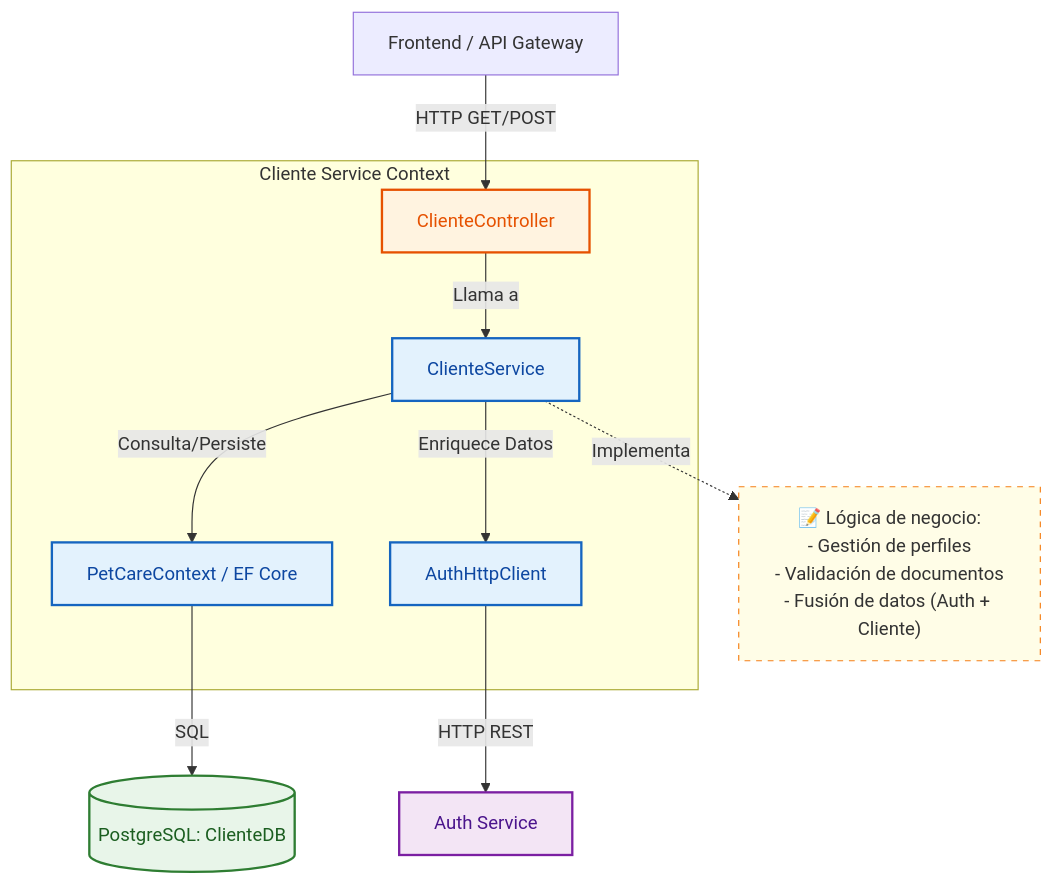
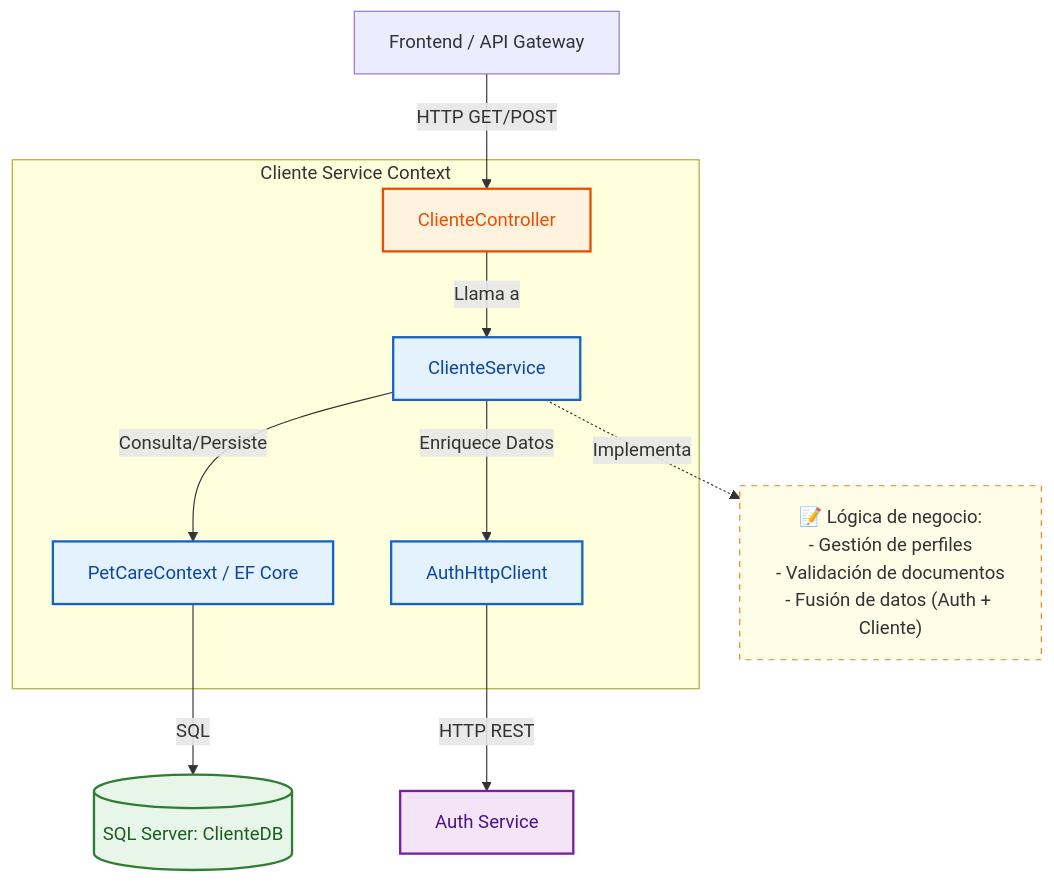
The first of 2 diagrams in backend/cliente-service/README.md (WooshC/PetCare-DSS), drawn with Mermaid before and after one commit. The commit also changed other lines of this file and 1 other file, not shown here.

Commit message:
mermaic c3

````diff
--- a/backend/cliente-service/README.md
+++ b/backend/cliente-service/README.md
@@ -12,40 +12,40 @@
 ```mermaid
 graph TD
     %% Nodos externos
     User[Frontend / API Gateway]
-    DB[(PostgreSQL: ClienteDB)]
+    DB[(SQL Server: ClienteDB)]
     AuthService[Auth Service]
 
     subgraph "Cliente Service Context"
         Controller[ClienteController]
         Service[ClienteService]
         Repo[PetCareContext / EF Core]
         AuthClient[AuthHttpClient]
     end
 
     %% Relaciones
     User -->|HTTP GET/POST| Controller
     Controller -->|Llama a| Service
     Service -->|Consulta/Persiste| Repo
     Service -->|Enriquece Datos| AuthClient
     
     Repo -->|SQL| DB
     AuthClient -->|"HTTP REST"| AuthService
 
     %% Nota como nodo
     ServiceNote["📝 Lógica de negocio:<br/>- Gestión de perfiles<br/>- Validación de documentos<br/>- Fusión de datos (Auth + Cliente)"]
     Service -.->|Implementa| ServiceNote
 
     %% Estilos
     classDef component fill:#e3f2fd,stroke:#1565c0,stroke-width:2px,color:#0d47a1
     classDef db fill:#e8f5e9,stroke:#2e7d32,stroke-width:2px,color:#1b5e20
     classDef external fill:#f3e5f5,stroke:#7b1fa2,stroke-width:2px,color:#4a148c
     classDef api fill:#fff3e0,stroke:#e65100,stroke-width:2px,color:#e65100
     classDef note fill:#fffde7,stroke:#f57f17,stroke-width:1px,stroke-dasharray: 5 5,color:#333
 
     class Service,Repo,AuthClient component
     class DB db
     class AuthService external
     class Controller api
     class ServiceNote note
 ```
````
